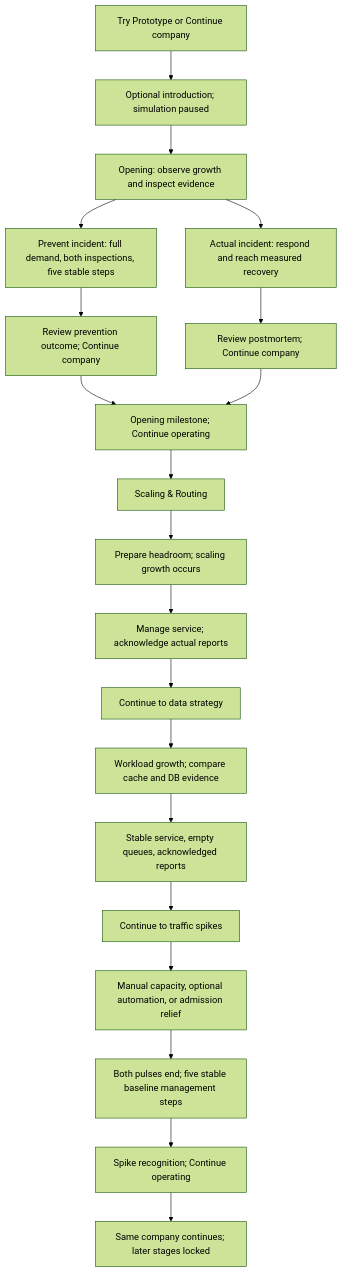
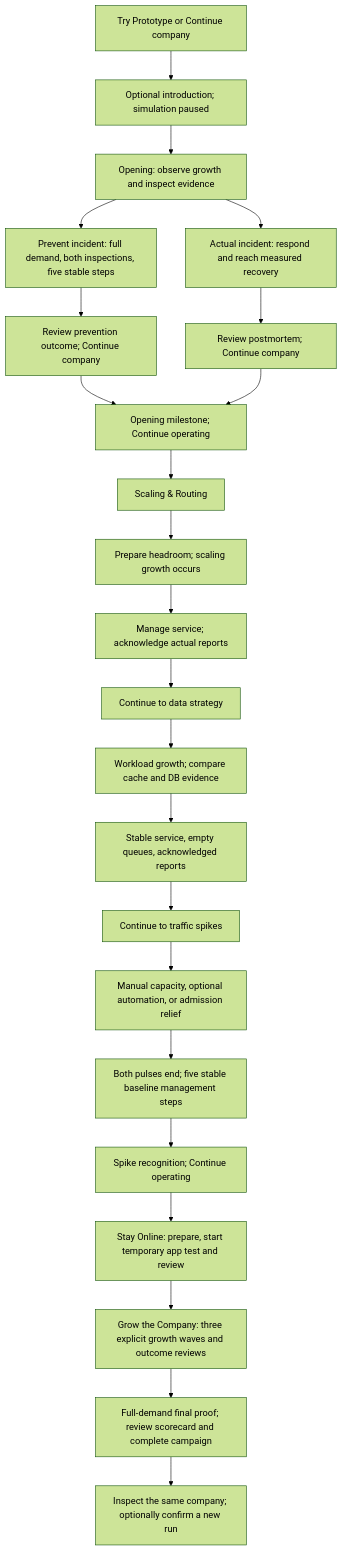
One commit to CS3216-Final-Project/99.9-Percent changed the diagram in docs/CURRENT_GAME_LOGIC_AND_FLOW.md. Above: the diagram before and after it, drawn with Mermaid (forest theme). The commit also changed other lines of this file and 31 other files, not shown here.

Commit message:
Implement Phase 7 combined campaign and completion flow

````diff
--- a/docs/CURRENT_GAME_LOGIC_AND_FLOW.md
+++ b/docs/CURRENT_GAME_LOGIC_AND_FLOW.md
@@ -29,22 +30,25 @@
 ```mermaid
 flowchart TD
     A[Try Prototype or Continue company] --> B[Optional introduction; simulation paused]
     B --> C[Opening: observe growth and inspect evidence]
     C --> D[Actual incident: respond and reach measured recovery]
     C --> R[Prevent incident: full demand, both inspections, five stable steps]
     R --> S[Review prevention outcome; Continue company]
     S --> F
     D --> E[Review postmortem; Continue company]
     E --> F[Opening milestone; Continue operating]
     F --> G[Scaling & Routing]
     G --> H[Prepare headroom; scaling growth occurs]
     H --> I[Manage service; acknowledge actual reports]
     I --> J[Continue to data strategy]
     J --> K[Workload growth; compare cache and DB evidence]
     K --> L[Stable service, empty queues, acknowledged reports]
     L --> M[Continue to traffic spikes]
     M --> N[Manual capacity, optional automation, or admission relief]
     N --> O[Both pulses end; five stable baseline management steps]
     O --> P[Spike recognition; Continue operating]
-    P --> Q[Same company continues; later stages locked]
+    P --> Q[Stay Online: prepare, start temporary app test and review]
+    Q --> U[Grow the Company: three explicit growth waves and outcome reviews]
+    U --> V[Full-demand final proof; review scorecard and complete campaign]
+    V --> W[Inspect the same company; optionally confirm a new run]
 ```
````
